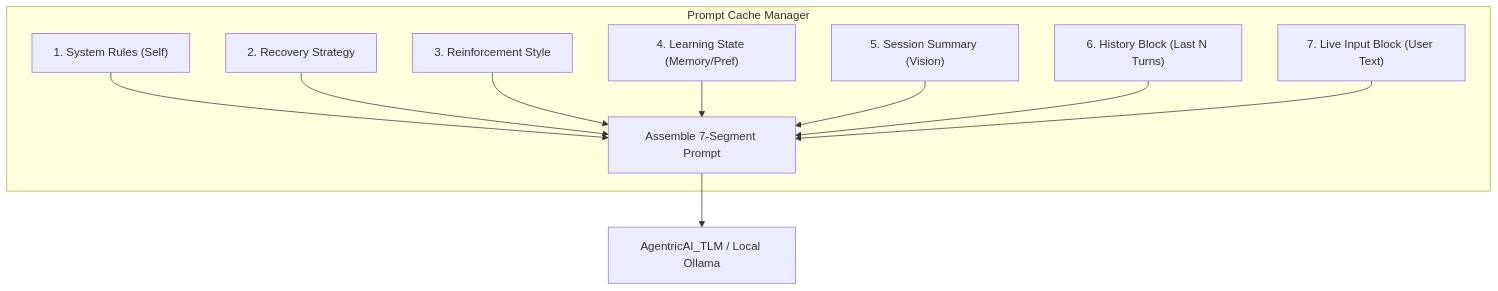
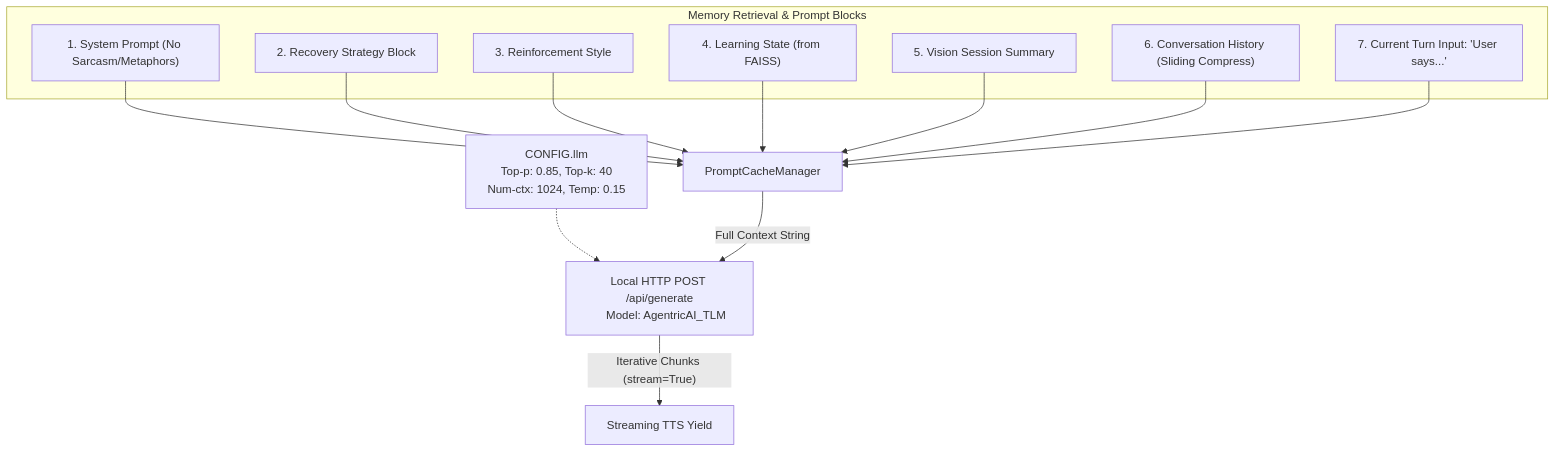
One commit to deepanmpc/LaRa changed the fourth of 10 diagrams in ARCHITECTURE.md. Above: the diagram before and after it, drawn with Mermaid. The commit also changed other lines of this file, not shown here.

Commit message:
docs: update architecture diagrams to reflect detailed data-flow, memory hierarchy, and system configuration

````diff
--- a/ARCHITECTURE.md
+++ b/ARCHITECTURE.md
@@ -72,22 +103,28 @@
 ```mermaid
 flowchart TD
-    P1["1. System Rules (Self)"]
-    P2["2. Recovery Strategy"]
-    P3["3. Reinforcement Style"]
-    P4["4. Learning State (Memory/Pref)"]
-    P5["5. Session Summary (Vision)"]
-    P6["6. History Block (Last N Turns)"]
-    P7["7. Live Input Block (User Text)"]
+    Config["CONFIG.llm
+    Top-p: 0.85, Top-k: 40
+    Num-ctx: 1024, Temp: 0.15"] -.-> OllamaAPI
     
-    subgraph PromptManager [Prompt Cache Manager]
-        P1 --> Cache[Assemble 7-Segment Prompt]
-        P2 --> Cache
-        P3 --> Cache
-        P4 --> Cache
-        P5 --> Cache
-        P6 --> Cache
-        P7 --> Cache
+    subgraph Segments ["Memory Retrieval & Prompt Blocks"]
+        Sys["1. System Prompt (No Sarcasm/Metaphors)"]
+        Strat["2. Recovery Strategy Block"]
+        Style["3. Reinforcement Style"]
+        Mem["4. Learning State (from FAISS)"]
+        Vis["5. Vision Session Summary"]
+        Hist["6. Conversation History (Sliding Compress)"]
+        Live["7. Current Turn Input: 'User says...'"]
     end
     
-    Cache --> LLM[AgentricAI_TLM / Local Ollama]
+    Sys --> Cache["PromptCacheManager"]
+    Strat --> Cache
+    Style --> Cache
+    Mem --> Cache
+    Vis --> Cache
+    Hist --> Cache
+    Live --> Cache
+    
+    Cache --> |"Full Context String"| OllamaAPI["Local HTTP POST /api/generate
+    Model: AgentricAI_TLM"]
+    OllamaAPI --> |"Iterative Chunks (stream=True)"| Yield["Streaming TTS Yield"]
 ```
````
